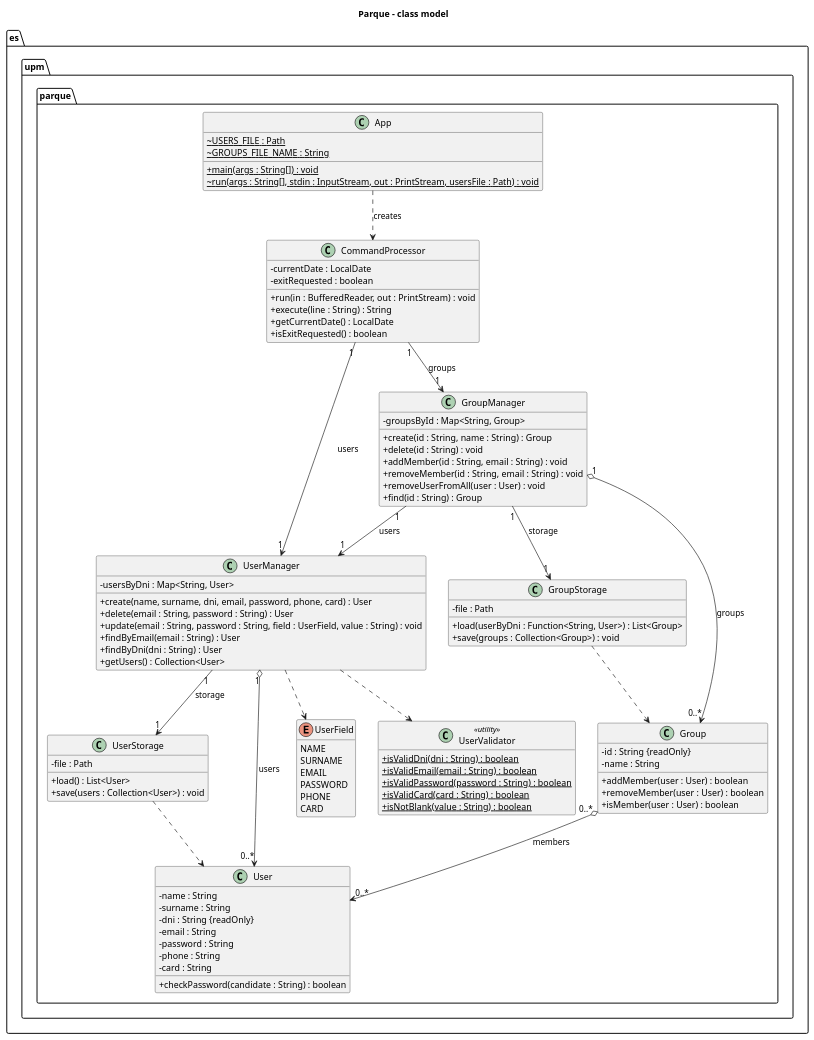
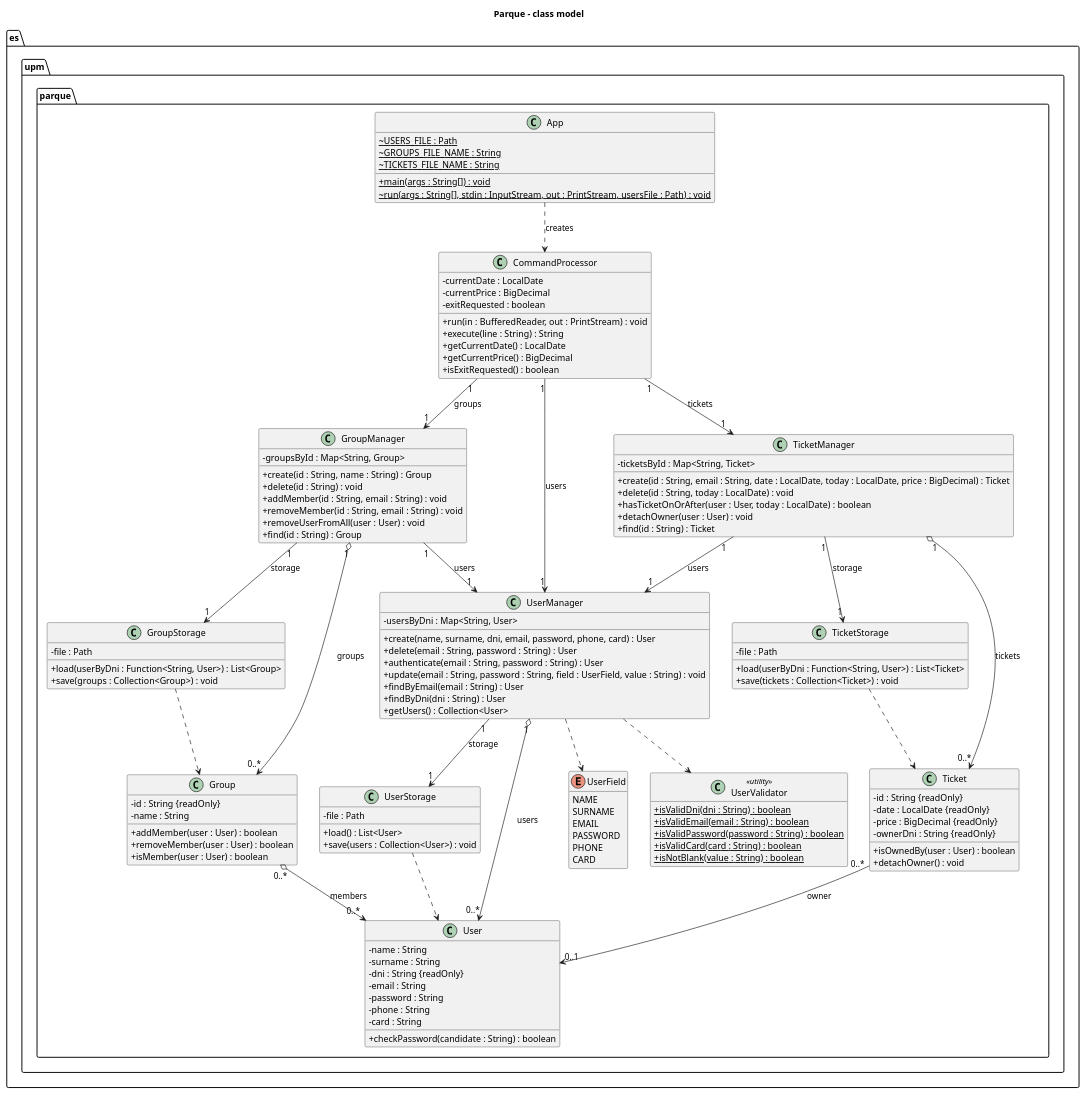
The diagram in docs/uml/model.puml (skai-upm/caise27), drawn with PlantUML before and after one commit. The commit also changed 21 other files, not shown here.

```diff
--- a/docs/uml/model.puml
+++ b/docs/uml/model.puml
@@ -1,108 +1,142 @@
 @startuml model
 title Parque - class model
 
 skinparam classAttributeIconSize 0
 hide empty members
 
 package es.upm.parque {
 
   class App {
     {static} ~USERS_FILE : Path
     {static} ~GROUPS_FILE_NAME : String
+    {static} ~TICKETS_FILE_NAME : String
     +{static} main(args : String[]) : void
     ~{static} run(args : String[], stdin : InputStream, out : PrintStream, usersFile : Path) : void
   }
 
   class CommandProcessor {
     -currentDate : LocalDate
+    -currentPrice : BigDecimal
     -exitRequested : boolean
     +run(in : BufferedReader, out : PrintStream) : void
     +execute(line : String) : String
     +getCurrentDate() : LocalDate
+    +getCurrentPrice() : BigDecimal
     +isExitRequested() : boolean
   }
 
   class UserManager {
     -usersByDni : Map<String, User>
     +create(name, surname, dni, email, password, phone, card) : User
     +delete(email : String, password : String) : User
+    +authenticate(email : String, password : String) : User
     +update(email : String, password : String, field : UserField, value : String) : void
     +findByEmail(email : String) : User
     +findByDni(dni : String) : User
     +getUsers() : Collection<User>
   }
 
   class UserStorage {
     -file : Path
     +load() : List<User>
     +save(users : Collection<User>) : void
   }
 
   class User {
     -name : String
     -surname : String
     -dni : String {readOnly}
     -email : String
     -password : String
     -phone : String
     -card : String
     +checkPassword(candidate : String) : boolean
   }
 
   enum UserField {
     NAME
     SURNAME
     EMAIL
     PASSWORD
     PHONE
     CARD
   }
 
   class UserValidator <<utility>> {
     +{static} isValidDni(dni : String) : boolean
     +{static} isValidEmail(email : String) : boolean
     +{static} isValidPassword(password : String) : boolean
     +{static} isValidCard(card : String) : boolean
     +{static} isNotBlank(value : String) : boolean
   }
 
   class GroupManager {
     -groupsById : Map<String, Group>
     +create(id : String, name : String) : Group
     +delete(id : String) : void
     +addMember(id : String, email : String) : void
     +removeMember(id : String, email : String) : void
     +removeUserFromAll(user : User) : void
     +find(id : String) : Group
   }
 
   class GroupStorage {
     -file : Path
     +load(userByDni : Function<String, User>) : List<Group>
     +save(groups : Collection<Group>) : void
   }
 
   class Group {
     -id : String {readOnly}
     -name : String
     +addMember(user : User) : boolean
     +removeMember(user : User) : boolean
     +isMember(user : User) : boolean
   }
+
+  class TicketManager {
+    -ticketsById : Map<String, Ticket>
+    +create(id : String, email : String, date : LocalDate, today : LocalDate, price : BigDecimal) : Ticket
+    +delete(id : String, today : LocalDate) : void
+    +hasTicketOnOrAfter(user : User, today : LocalDate) : boolean
+    +detachOwner(user : User) : void
+    +find(id : String) : Ticket
+  }
+
+  class TicketStorage {
+    -file : Path
+    +load(userByDni : Function<String, User>) : List<Ticket>
+    +save(tickets : Collection<Ticket>) : void
+  }
+
+  class Ticket {
+    -id : String {readOnly}
+    -date : LocalDate {readOnly}
+    -price : BigDecimal {readOnly}
+    -ownerDni : String {readOnly}
+    +isOwnedBy(user : User) : boolean
+    +detachOwner() : void
+  }
 }
 
 App ..> CommandProcessor : creates
 CommandProcessor "1" --> "1" UserManager : users
 CommandProcessor "1" --> "1" GroupManager : groups
+CommandProcessor "1" --> "1" TicketManager : tickets
 UserManager "1" --> "1" UserStorage : storage
 UserManager "1" o--> "0..*" User : users
 UserManager ..> UserValidator
 UserManager ..> UserField
 GroupManager "1" --> "1" GroupStorage : storage
 GroupManager "1" --> "1" UserManager : users
 GroupManager "1" o--> "0..*" Group : groups
 Group "0..*" o--> "0..*" User : members
 UserStorage ..> User
 GroupStorage ..> Group
+TicketManager "1" --> "1" TicketStorage : storage
+TicketManager "1" --> "1" UserManager : users
+TicketManager "1" o--> "0..*" Ticket : tickets
+Ticket "0..*" --> "0..1" User : owner
+TicketStorage ..> Ticket
 
 @enduml
```
